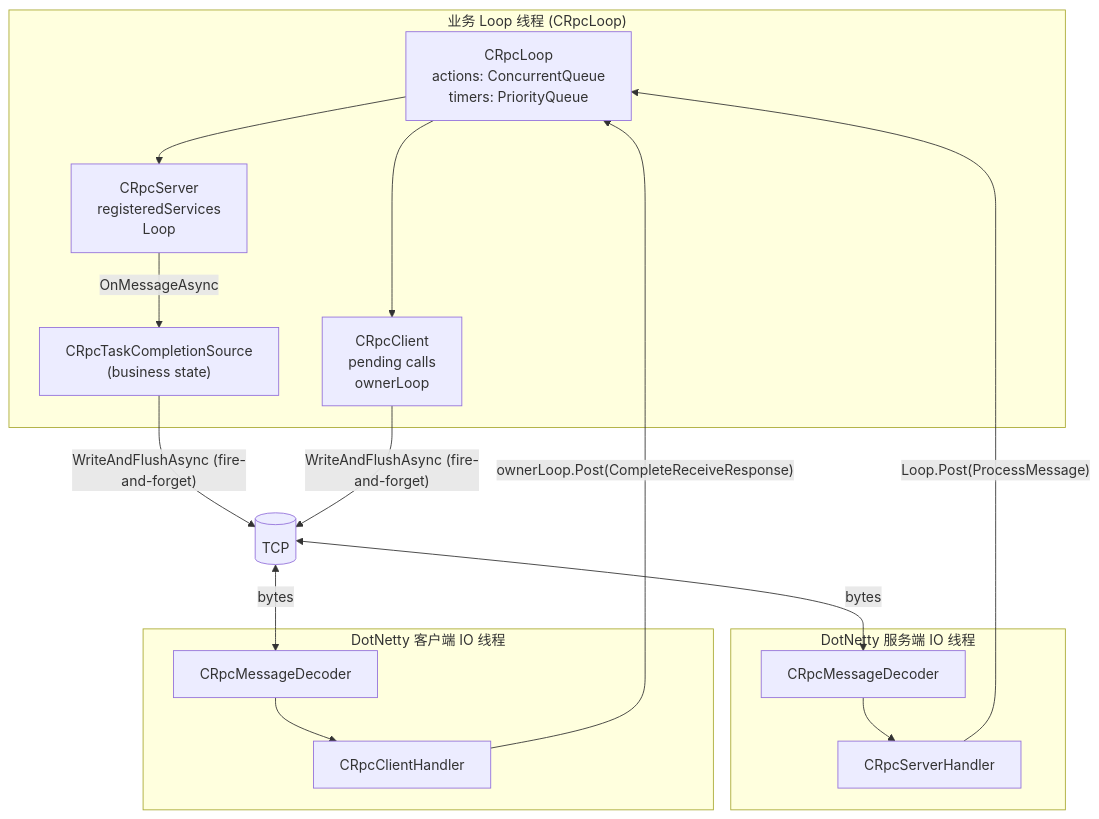
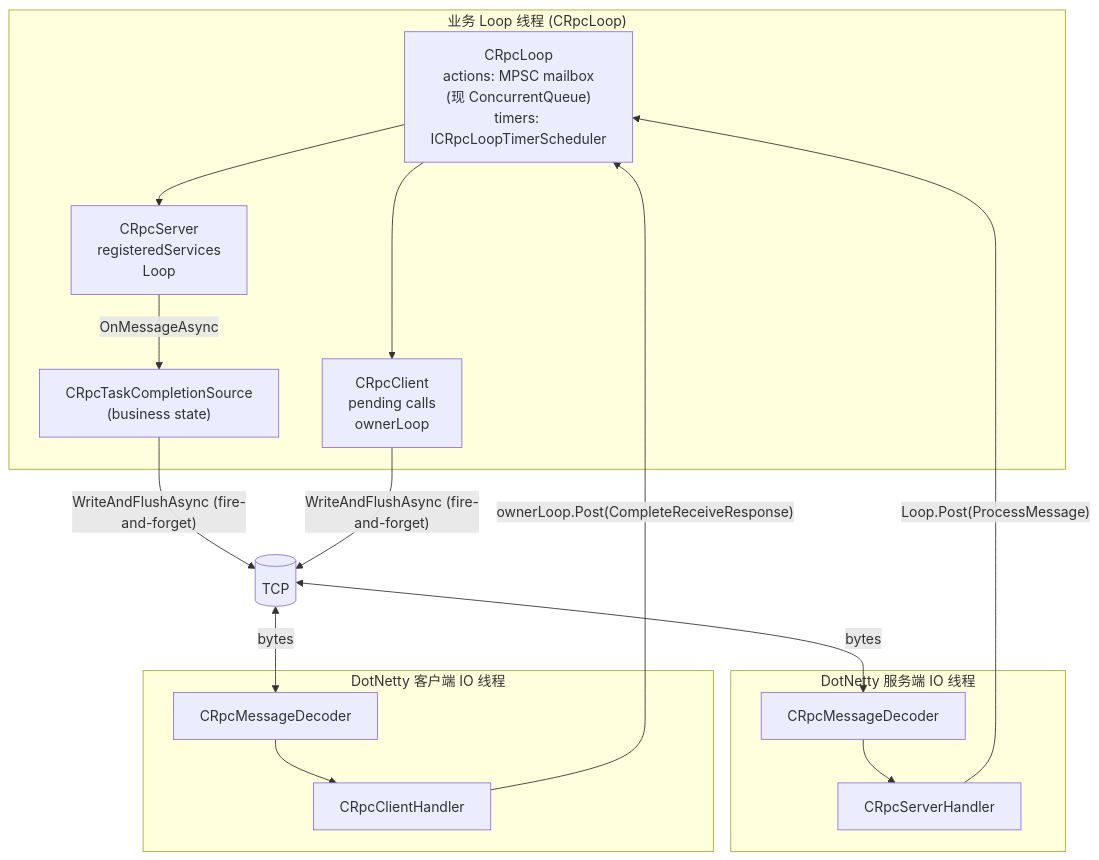
Before and after one commit to orientye/orientdotnet: the first of 4 diagrams in Doc/architecture-draft.md, drawn with Mermaid. The commit also changed other lines of this file, not shown here.

````diff
--- a/Doc/architecture-draft.md
+++ b/Doc/architecture-draft.md
@@ -124,32 +124,32 @@
 ```mermaid
 flowchart TB
     subgraph BusinessLoopThread["业务 Loop 线程 (CRpcLoop)"]
-        Loop["CRpcLoop<br/>actions: ConcurrentQueue<Action><br/>timers: PriorityQueue"]
+        Loop["CRpcLoop<br/>actions: MPSC mailbox<br/>(现 ConcurrentQueue)<br/>timers: ICRpcLoopTimerScheduler"]
         Server["CRpcServer<br/>registeredServices<br/>Loop"]
         Client["CRpcClient<br/>pending calls<br/>ownerLoop"]
         TCS["CRpcTaskCompletionSource<br/>(business state)"]
     end
 
     subgraph NettyServer["DotNetty 服务端 IO 线程"]
         SH[CRpcServerHandler]
         DecS[CRpcMessageDecoder]
     end
 
     subgraph NettyClient["DotNetty 客户端 IO 线程"]
         CH[CRpcClientHandler]
         DecC[CRpcMessageDecoder]
     end
 
     Net[(TCP)]
 
     Net <-- bytes --> DecS --> SH
     SH -- "Loop.Post(ProcessMessage)" --> Loop
     Loop --> Server
     Server -- "OnMessageAsync" --> TCS
     TCS -- "WriteAndFlushAsync (fire-and-forget)" --> Net
 
     Net <-- bytes --> DecC --> CH
     CH -- "ownerLoop.Post(CompleteReceiveResponse)" --> Loop
     Loop --> Client
     Client -- "WriteAndFlushAsync (fire-and-forget)" --> Net
 ```
````
